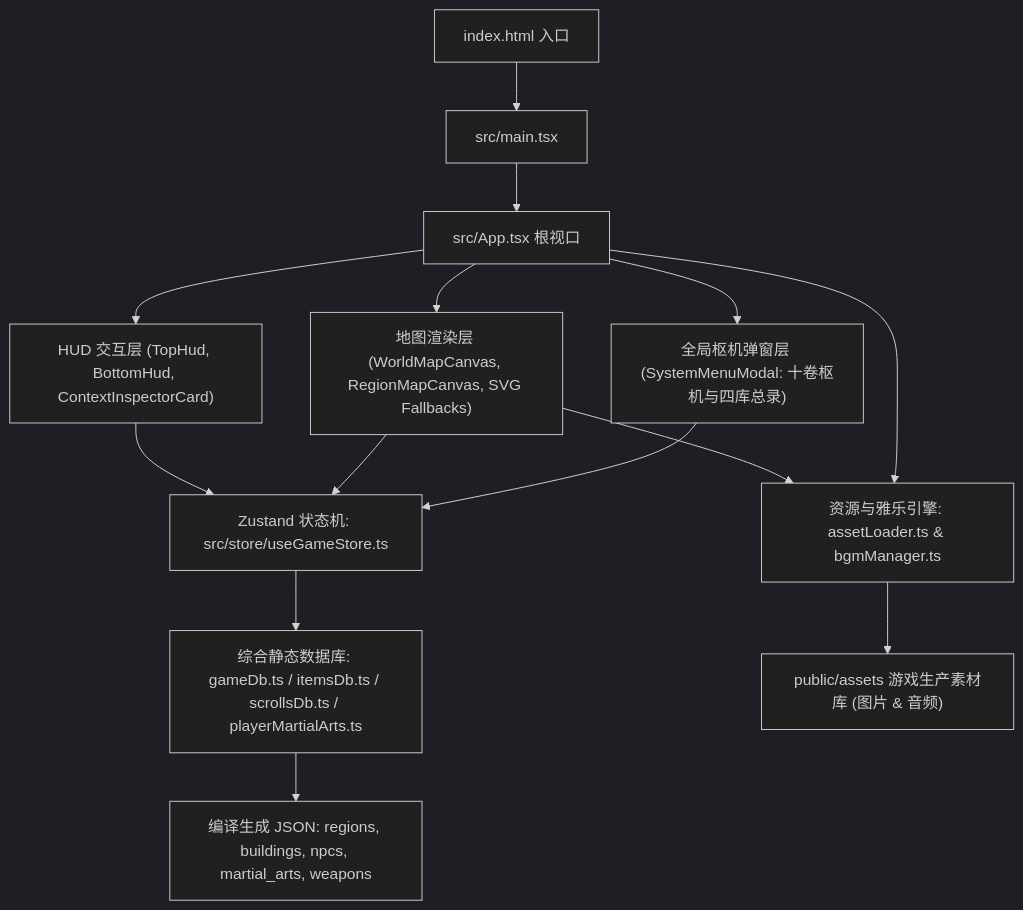
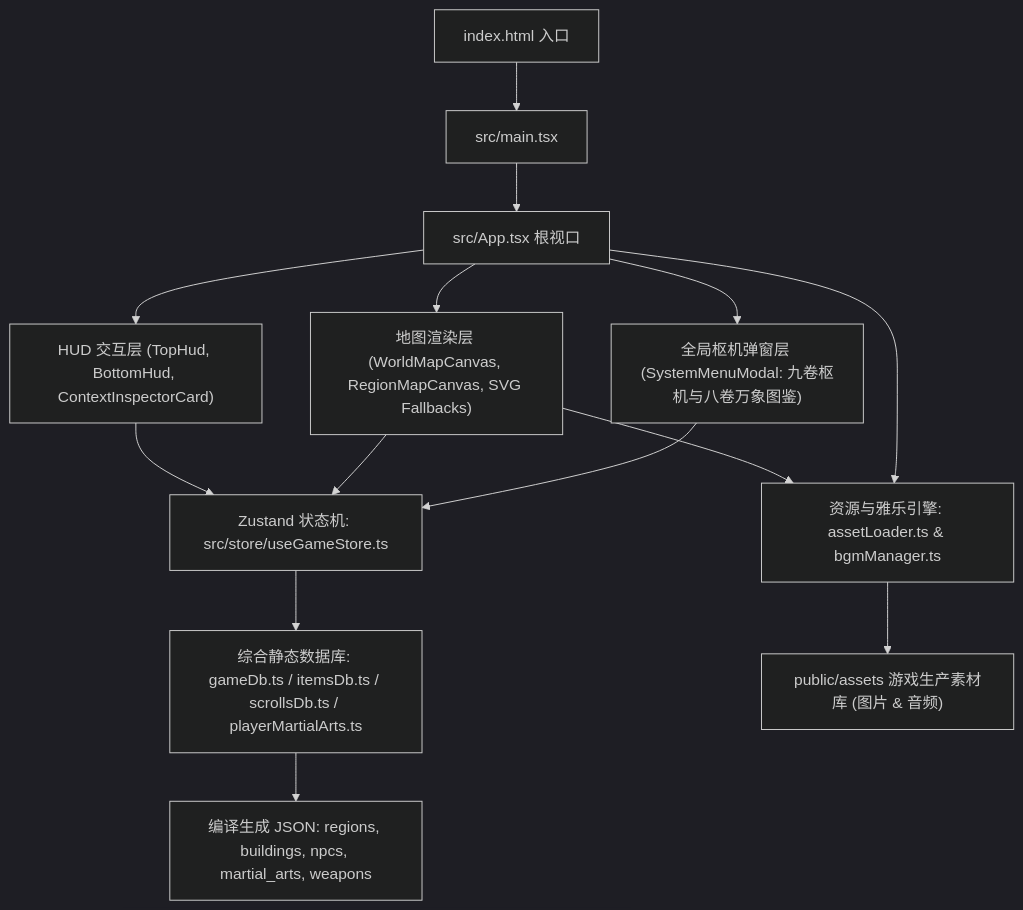
One commit to zhby99/northern-song-chronicles changed the diagram in PROJECT_GUIDE.md. Above: the diagram before and after it, drawn with Mermaid (dark theme). The commit also changed other lines of this file and 13 other files, not shown here.

````diff
--- a/PROJECT_GUIDE.md
+++ b/PROJECT_GUIDE.md
@@ -24,15 +24,15 @@
 ```mermaid
 graph TD
     A["index.html 入口"] --> B["src/main.tsx"]
     B --> C["src/App.tsx 根视口"]
     C --> D["HUD 交互层 (TopHud, BottomHud, ContextInspectorCard)"]
     C --> E["地图渲染层 (WorldMapCanvas, RegionMapCanvas, SVG Fallbacks)"]
-    C --> F["全局枢机弹窗层 (SystemMenuModal: 十卷枢机与四库总录)"]
+    C --> F["全局枢机弹窗层 (SystemMenuModal: 九卷枢机与八卷万象图鉴)"]
     
     D & E & F --> G["Zustand 状态机: src/store/useGameStore.ts"]
     G --> H["综合静态数据库: gameDb.ts / itemsDb.ts / scrollsDb.ts / playerMartialArts.ts"]
     H --> I["编译生成 JSON: regions, buildings, npcs, martial_arts, weapons"]
     
     E & C --> J["资源与雅乐引擎: assetLoader.ts & bgmManager.ts"]
     J --> K["public/assets 游戏生产素材库 (图片 & 音频)"]
 ```
````
